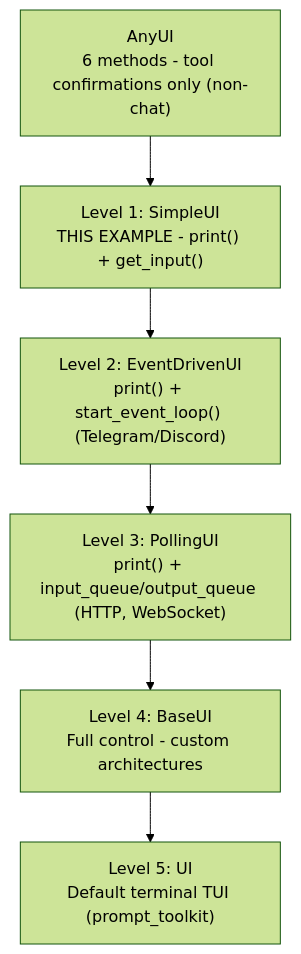
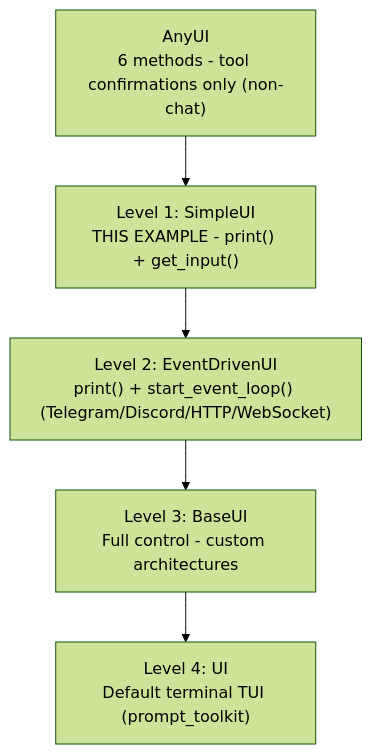
Before and after one commit to state-alchemists/zrb: the diagram in examples/chat-minimal-ui/README.md, drawn with Mermaid (forest theme). The commit also changed other lines of this file and 12 other files, not shown here.

````diff
--- a/examples/chat-minimal-ui/README.md
+++ b/examples/chat-minimal-ui/README.md
@@ -15,11 +15,10 @@
 ```mermaid
 flowchart TB
     AnyUI["AnyUI<br/>6 methods - tool confirmations only (non-chat)"]
     Level1["Level 1: SimpleUI<br/>THIS EXAMPLE - print() + get_input()"]
-    Level2["Level 2: EventDrivenUI<br/>print() + start_event_loop() (Telegram/Discord)"]
-    Level3["Level 3: PollingUI<br/>print() + input_queue/output_queue (HTTP, WebSocket)"]
-    Level4["Level 4: BaseUI<br/>Full control - custom architectures"]
-    Level5["Level 5: UI<br/>Default terminal TUI (prompt_toolkit)"]
+    Level2["Level 2: EventDrivenUI<br/>print() + start_event_loop() (Telegram/Discord/HTTP/WebSocket)"]
+    Level3["Level 3: BaseUI<br/>Full control - custom architectures"]
+    Level4["Level 4: UI<br/>Default terminal TUI (prompt_toolkit)"]
 
-    AnyUI --> Level1 --> Level2 --> Level3 --> Level4 --> Level5
+    AnyUI --> Level1 --> Level2 --> Level3 --> Level4
 ```
````
